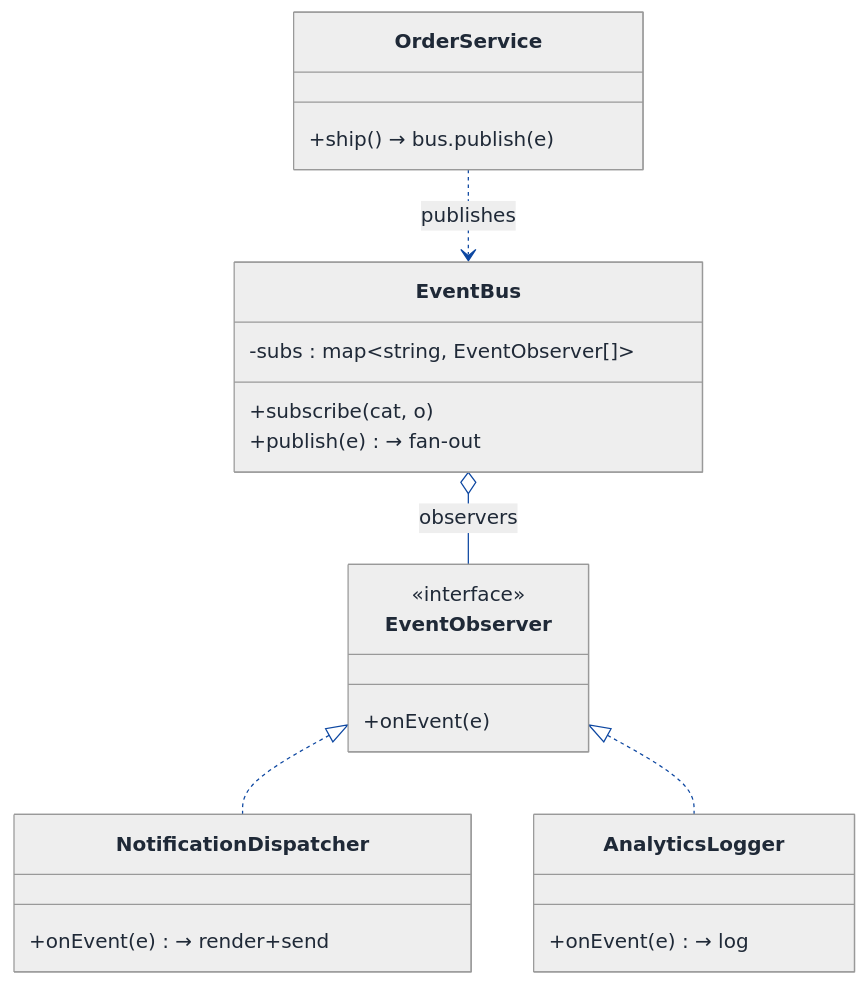
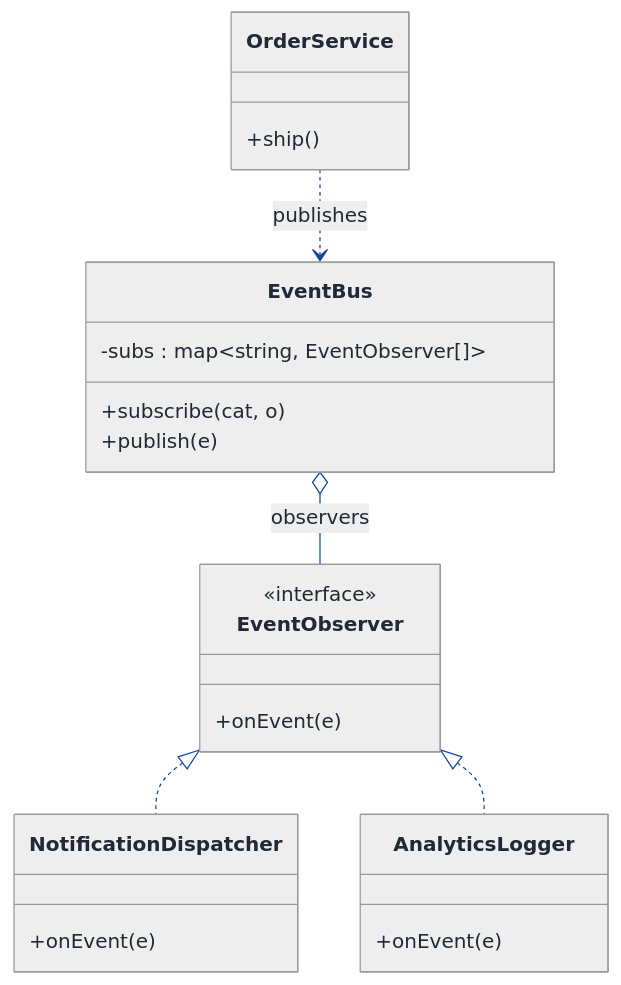
The fourth of 8 diagrams in LLD/Topics/Strategy_Pattern/Notification_Service.md (Prateek-5/question-bank), drawn with Mermaid before and after one commit. The commit also changed other lines of this file and 61 other files, not shown here.

First line of the commit message:
Fix invalid mermaid classDiagram member syntax across LLD walkthroughs

````diff
--- a/LLD/Topics/Strategy_Pattern/Notification_Service.md
+++ b/LLD/Topics/Strategy_Pattern/Notification_Service.md
@@ -698,58 +698,58 @@
 ```mermaid
 ---
 config:
   theme: neutral
   themeVariables:
     background: '#ffffff'
     primaryColor: '#cfe2ff'
     primaryTextColor: '#1f2937'
     primaryBorderColor: '#084298'
     secondaryColor: '#fff3cd'
     secondaryTextColor: '#1f2937'
     secondaryBorderColor: '#664d03'
     tertiaryColor: '#d1e7dd'
     tertiaryTextColor: '#1f2937'
     tertiaryBorderColor: '#0a3622'
     lineColor: '#0d47a1'
     textColor: '#1f2937'
     noteBkgColor: '#fff3cd'
     noteTextColor: '#1f2937'
     noteBorderColor: '#997404'
     actorBkg: '#cfe2ff'
     actorBorder: '#084298'
     actorTextColor: '#1f2937'
     signalColor: '#0d47a1'
     signalTextColor: '#1f2937'
     labelBoxBkgColor: '#ffffff'
     labelBoxBorderColor: '#d3d3d3'
     labelTextColor: '#1f2937'
     edgeLabelBackground: '#ffffff'
     labelBackground: '#ffffff'
     classText: '#1f2937'
     fontFamily: 'system-ui, -apple-system, Segoe UI, Helvetica, Arial, sans-serif'
 ---
 classDiagram
   direction TB
   class EventBus {
     -subs : map~string, EventObserver[]~
     +subscribe(cat, o)
-    +publish(e)  → fan-out
+    +publish(e)
   }
   class EventObserver {
     <<interface>>
     +onEvent(e)
   }
   class NotificationDispatcher {
-    +onEvent(e) → render+send
+    +onEvent(e)
   }
   class AnalyticsLogger {
-    +onEvent(e) → log
+    +onEvent(e)
   }
   class OrderService {
-    +ship() → bus.publish(e)
+    +ship()
   }
   EventBus o-- EventObserver : observers
   EventObserver <|.. NotificationDispatcher
   EventObserver <|.. AnalyticsLogger
   OrderService ..> EventBus : publishes
 ```
````
